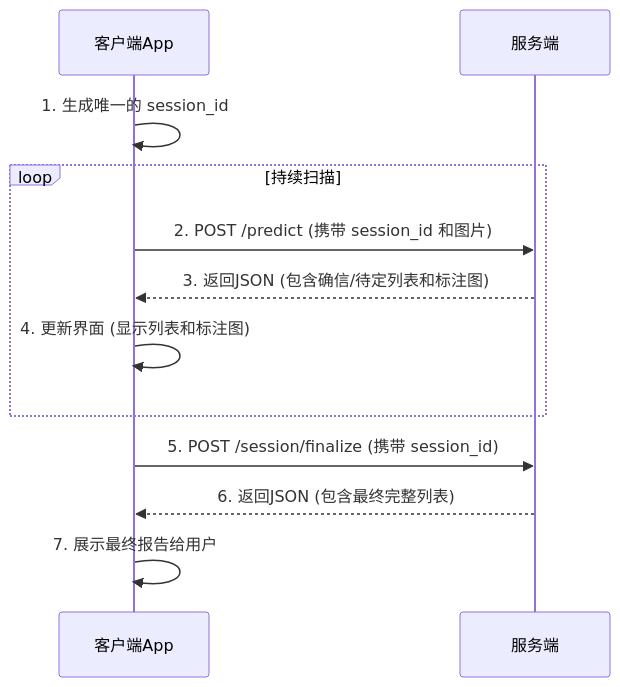
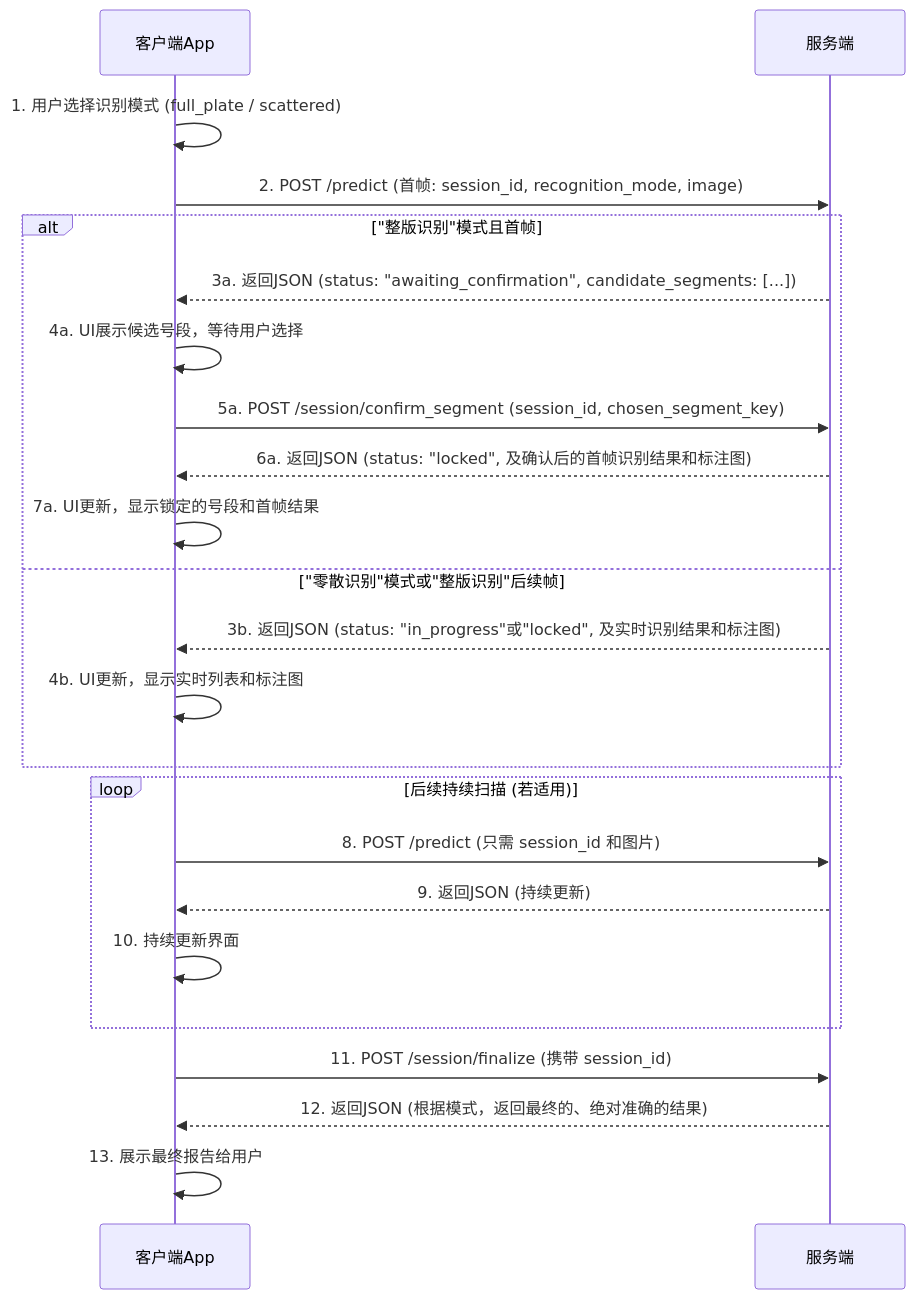
One commit to KKBIRD23/learning changed the second of 2 diagrams in Demos/ObuPrintNo_OCR/model/Service/ObuPrintNo_OCR/OBU镭标码识别服务 - API及设计文档 (V4.0_Optimized_Engine).md. Above: the diagram before and after it, drawn with Mermaid. The commit also changed other lines of this file and 3 other files, not shown here.

````diff
--- a/Demos/ObuPrintNo_OCR/model/Service/ObuPrintNo_OCR/OBU镭标码识别服务 - API及设计文档 (V4.0_Optimized_Engine).md
+++ b/Demos/ObuPrintNo_OCR/model/Service/ObuPrintNo_OCR/OBU镭标码识别服务 - API及设计文档 (V4.0_Optimized_Engine).md
@@ -98,15 +124,29 @@
 ```mermaid
 sequenceDiagram
     participant Client as 客户端App
     participant Server as 服务端
     
-    Client->>Client: 1. 生成唯一的 session_id
-    loop 持续扫描
-        Client->>Server: 2. POST /predict (携带 session_id 和图片)
-        Server-->>Client: 3. 返回JSON (包含确信/待定列表和标注图)
-        Client->>Client: 4. 更新界面 (显示列表和标注图)
+    Client->>Client: 1. 用户选择识别模式 (full_plate / scattered)
+    Client->>Server: 2. POST /predict (首帧: session_id, recognition_mode, image)
+    
+    alt "整版识别"模式且首帧
+        Server-->>Client: 3a. 返回JSON (status: "awaiting_confirmation", candidate_segments: [...])
+        Client->>Client: 4a. UI展示候选号段，等待用户选择
+        Client->>Server: 5a. POST /session/confirm_segment (session_id, chosen_segment_key)
+        Server-->>Client: 6a. 返回JSON (status: "locked", 及确认后的首帧识别结果和标注图)
+        Client->>Client: 7a. UI更新，显示锁定的号段和首帧结果
+    else "零散识别"模式或"整版识别"后续帧
+        Server-->>Client: 3b. 返回JSON (status: "in_progress"或"locked", 及实时识别结果和标注图)
+        Client->>Client: 4b. UI更新，显示实时列表和标注图
     end
-    Client->>Server: 5. POST /session/finalize (携带 session_id)
-    Server-->>Client: 6. 返回JSON (包含最终完整列表)
-    Client->>Client: 7. 展示最终报告给用户
+    
+    loop 后续持续扫描 (若适用)
+        Client->>Server: 8. POST /predict (只需 session_id 和图片)
+        Server-->>Client: 9. 返回JSON (持续更新)
+        Client->>Client: 10. 持续更新界面
+    end
+    
+    Client->>Server: 11. POST /session/finalize (携带 session_id)
+    Server-->>Client: 12. 返回JSON (根据模式，返回最终的、绝对准确的结果)
+    Client->>Client: 13. 展示最终报告给用户
 ```
````
